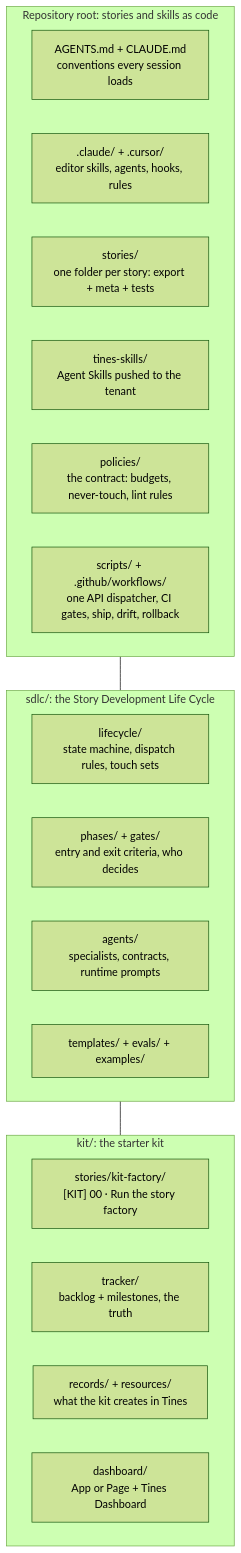
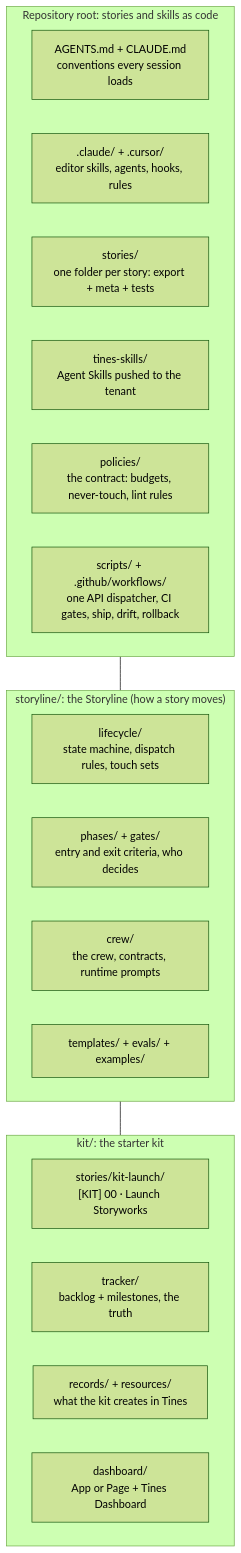
Before and after one commit to ad-ipp-tines/Agentic-Story-Factory-Starter-Kit: the first of 11 diagrams in docs/study-guides/00-visual-tour.md, drawn with Mermaid (forest theme). The commit also changed other lines of this file and 385 other files, not shown here.

First line of the commit message:
Rename lifecycle and kit concepts to Storyline and Storyworks.

````diff
--- a/docs/study-guides/00-visual-tour.md
+++ b/docs/study-guides/00-visual-tour.md
@@ -13,27 +13,27 @@
 ```mermaid
 flowchart TB
     subgraph ROOT["Repository root: stories and skills as code"]
         direction LR
         A1["AGENTS.md + CLAUDE.md<br/>conventions every session loads"]
         A2[".claude/ + .cursor/<br/>editor skills, agents, hooks, rules"]
         A3["stories/<br/>one folder per story: export + meta + tests"]
         A4["tines-skills/<br/>Agent Skills pushed to the tenant"]
         A5["policies/<br/>the contract: budgets, never-touch, lint rules"]
         A6["scripts/ + .github/workflows/<br/>one API dispatcher, CI gates, ship, drift, rollback"]
     end
-    subgraph BRAIN["sdlc/: the Story Development Life Cycle"]
+    subgraph STORYLINE["storyline/: the Storyline (how a story moves)"]
         direction LR
         B1["lifecycle/<br/>state machine, dispatch rules, touch sets"]
         B2["phases/ + gates/<br/>entry and exit criteria, who decides"]
-        B3["agents/<br/>specialists, contracts, runtime prompts"]
+        B3["crew/<br/>the crew, contracts, runtime prompts"]
         B4["templates/ + evals/ + examples/"]
     end
     subgraph KIT["kit/: the starter kit"]
         direction LR
-        C1["stories/kit-factory/<br/>[KIT] 00 · Run the story factory"]
+        C1["stories/kit-launch/<br/>[KIT] 00 · Launch Storyworks"]
         C2["tracker/<br/>backlog + milestones, the truth"]
         C3["records/ + resources/<br/>what the kit creates in Tines"]
         C4["dashboard/<br/>App or Page + Tines Dashboard"]
     end
-    ROOT --- BRAIN --- KIT
+    ROOT --- STORYLINE --- KIT
 ```
````
